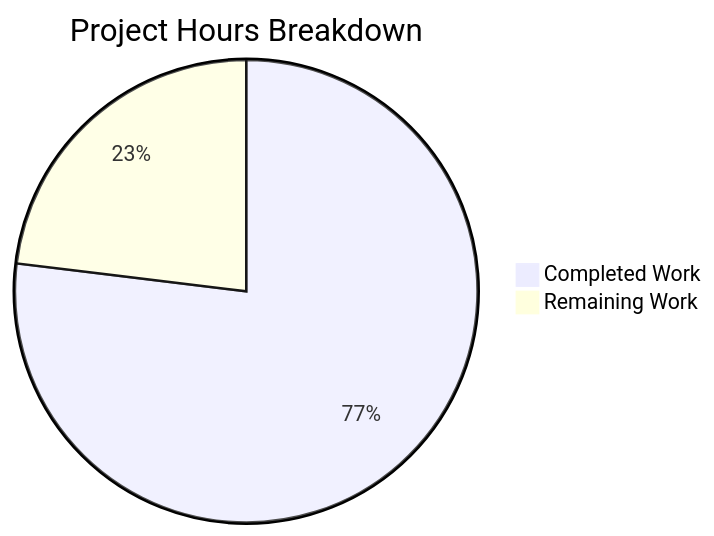
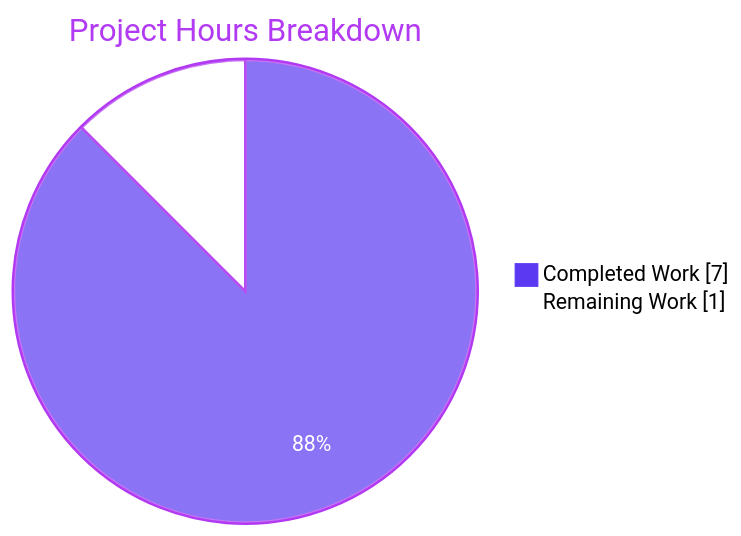
One commit to hardik-blitzy/react-weather-app changed the second of 4 diagrams in blitzy/documentation/Project Guide.md. Above: the diagram before and after it, drawn with Mermaid. The commit also changed other lines of this file, not shown here.

Commit message:
Adding Blitzy Project Guide: Project Status and Human Tasks Remaining

````diff
--- a/blitzy/documentation/Project Guide.md
+++ b/blitzy/documentation/Project Guide.md
@@ -26,5 +229,7 @@
 ```mermaid
-pie title Project Hours Breakdown
-    "Completed Work" : 10
-    "Remaining Work" : 3
+%%{init: {"pie": {"textPosition": 0.75}, "themeVariables": {"pie1": "#5B39F3", "pie2": "#FFFFFF", "pieStrokeColor": "#B23AF2", "pieOuterStrokeColor": "#B23AF2", "pieTitleTextColor": "#B23AF2", "pieSectionTextColor": "#FFFFFF"}}}%%
+pie showData
+  title Project Hours Breakdown
+  "Completed Work" : 7.0
+  "Remaining Work" : 1.0
 ```
````
